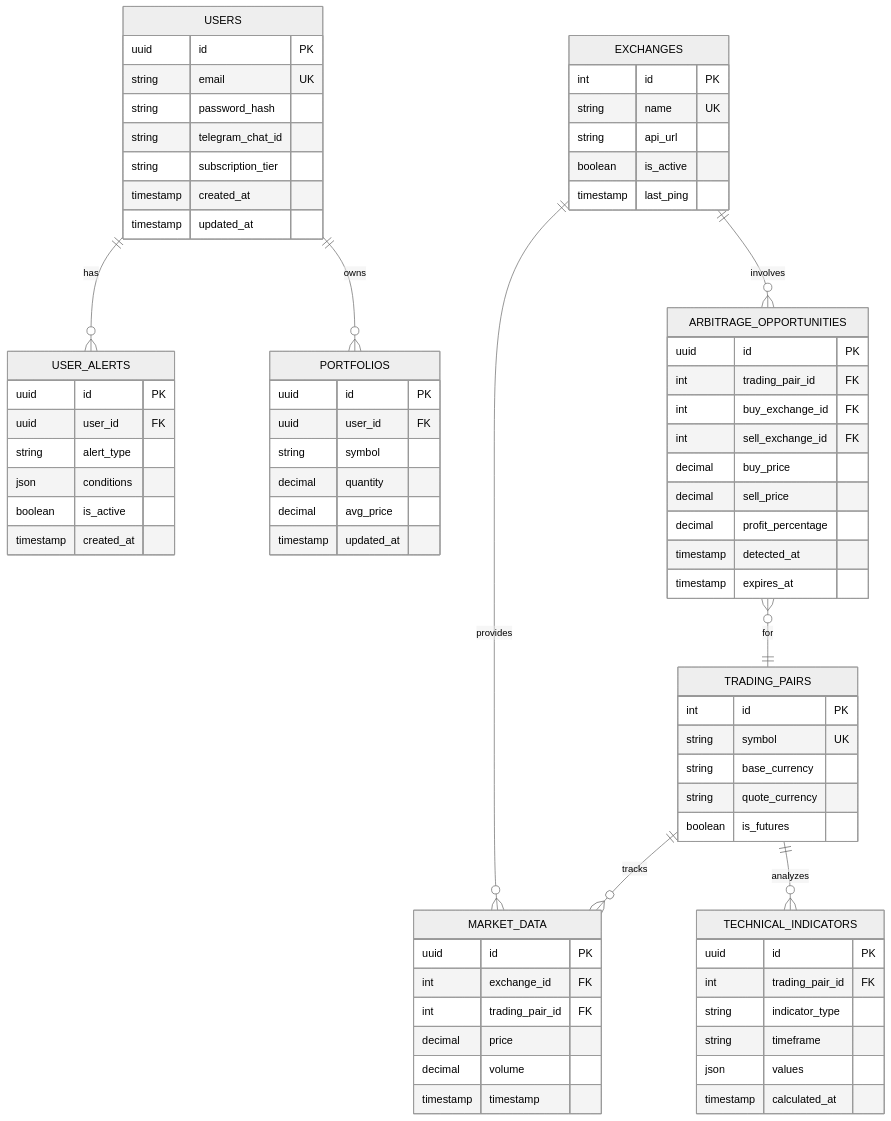
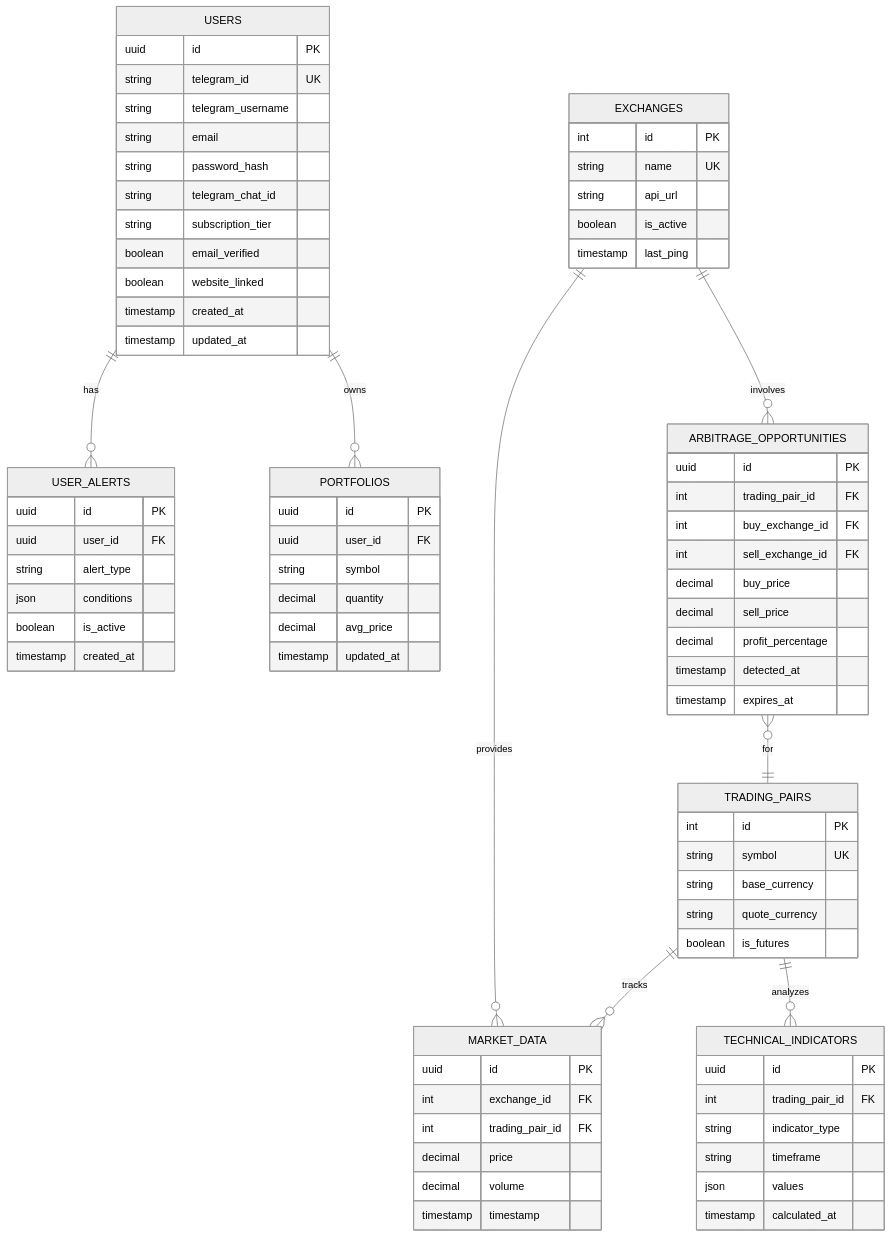
Before and after one commit to irfndi/celebrum-ai-go: the third of 3 diagrams in .trae/documents/technical_architecture.md, drawn with Mermaid (neutral theme). The commit also changed other lines of this file and 18 other files, not shown here.

```diff
--- a/.trae/documents/technical_architecture.md
+++ b/.trae/documents/technical_architecture.md
@@ -246,10 +318,14 @@
     
     USERS {
         uuid id PK
-        string email UK
+        string telegram_id UK
+        string telegram_username
+        string email
         string password_hash
         string telegram_chat_id
         string subscription_tier
+        boolean email_verified
+        boolean website_linked
         timestamp created_at
         timestamp updated_at
     }
```
